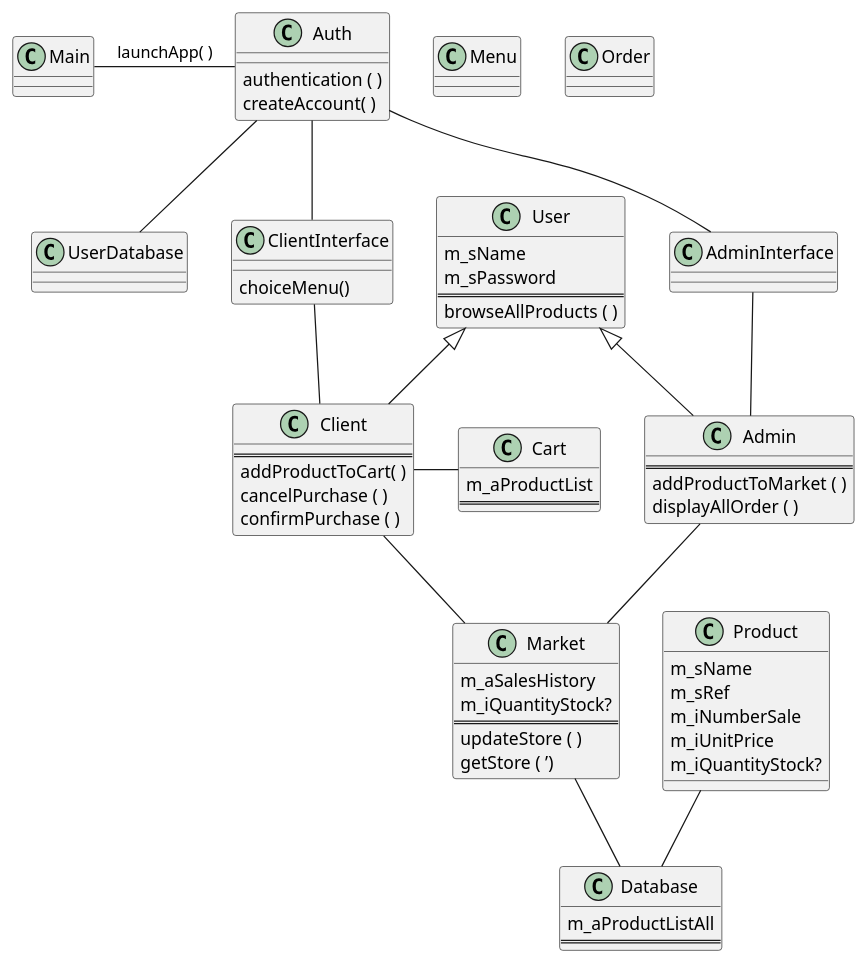
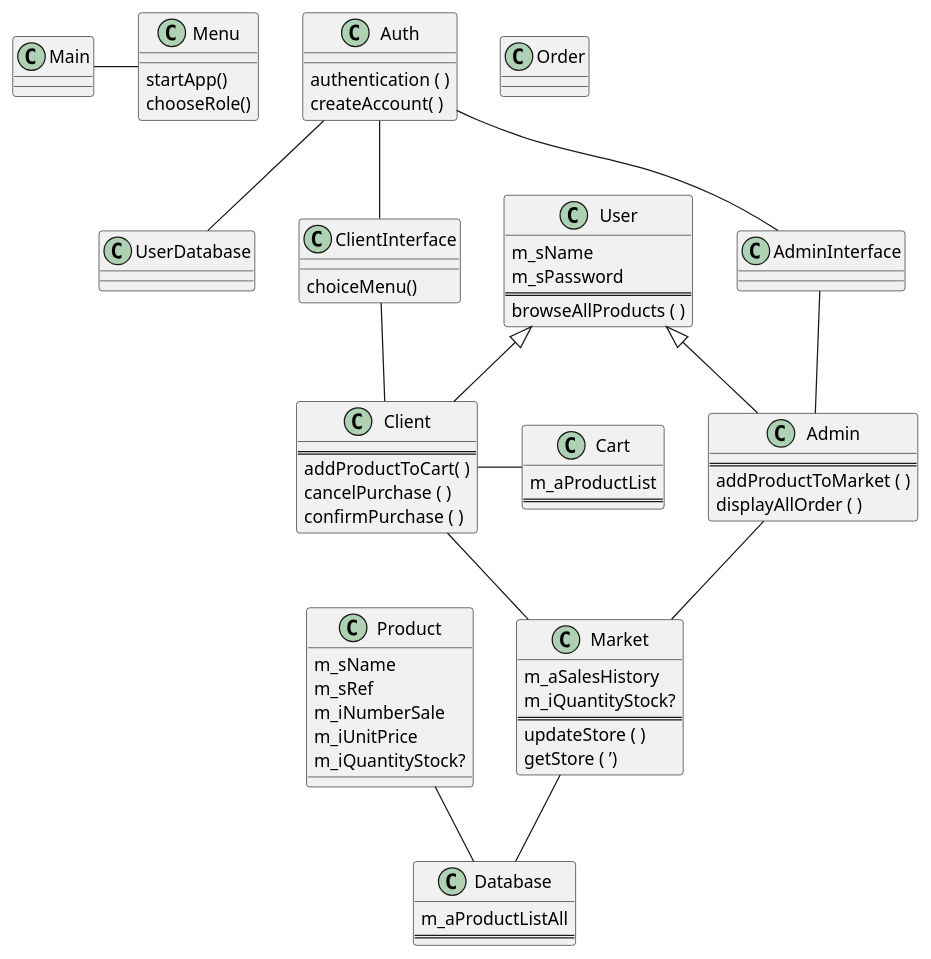
The diagram in src/com/company/ClassDiagram.puml (tankarasu/Cyber_Market), drawn with PlantUML before and after one commit. The commit also changed 5 other files, not shown here.

```diff
--- a/src/com/company/ClassDiagram.puml
+++ b/src/com/company/ClassDiagram.puml
@@ -1,96 +1,99 @@
 @startuml
 
 class Main {
 
 }
-Main - Auth : launchApp( )
+Main - Menu
 
-class Menu { }
+class Menu {
+startApp()
+chooseRole()
+ }
 
 class Auth {
 authentication ( )
 createAccount( )
 }
 
 class UserDatabase {
 
 }
 
 Auth -- UserDatabase
 
 Auth -- ClientInterface
 Auth -- AdminInterface
 
 class ClientInterface {
 
 choiceMenu()
 }
 
 ClientInterface -- Client
 
 class AdminInterface {
 
 }
 
 AdminInterface -- Admin
 
 class User {
 m_sName
 m_sPassword
 ==
 browseAllProducts ( )
 }
 
 class Admin extends User {
 ==
 addProductToMarket ( )
 displayAllOrder ( )
 }
 
 Admin -- Market
 
 class Client extends User {
 ==
 addProductToCart( )
 cancelPurchase ( )
 confirmPurchase ( )
 }
 
 Client -- Market
 Client - Cart
 
 class Market {
 m_aSalesHistory
 m_iQuantityStock?
 ==
 updateStore ( )
 getStore ( ’)
 }
 
 Market -- Database
 
 class Database {
 m_aProductListAll
 ==
 }
 
 class Cart {
 m_aProductList
 ==
 }
 
 class Product {
 m_sName
 m_sRef
 m_iNumberSale
 m_iUnitPrice
 m_iQuantityStock?
 }
 
 Product -- Database
 
 class Order {
 
 }
 
 @enduml
```
